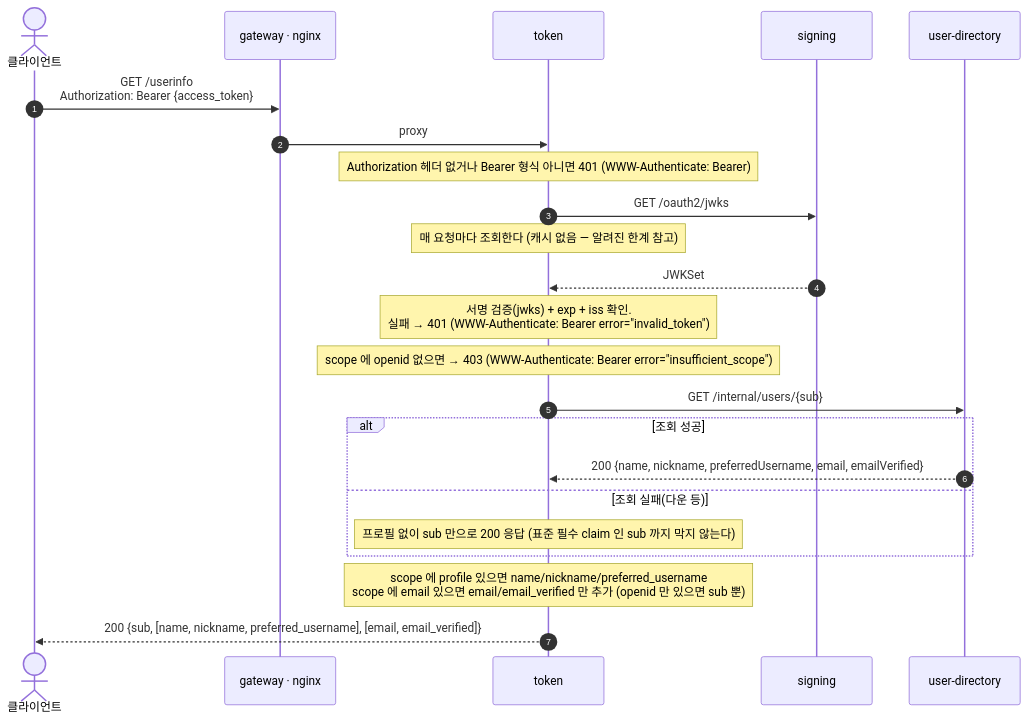
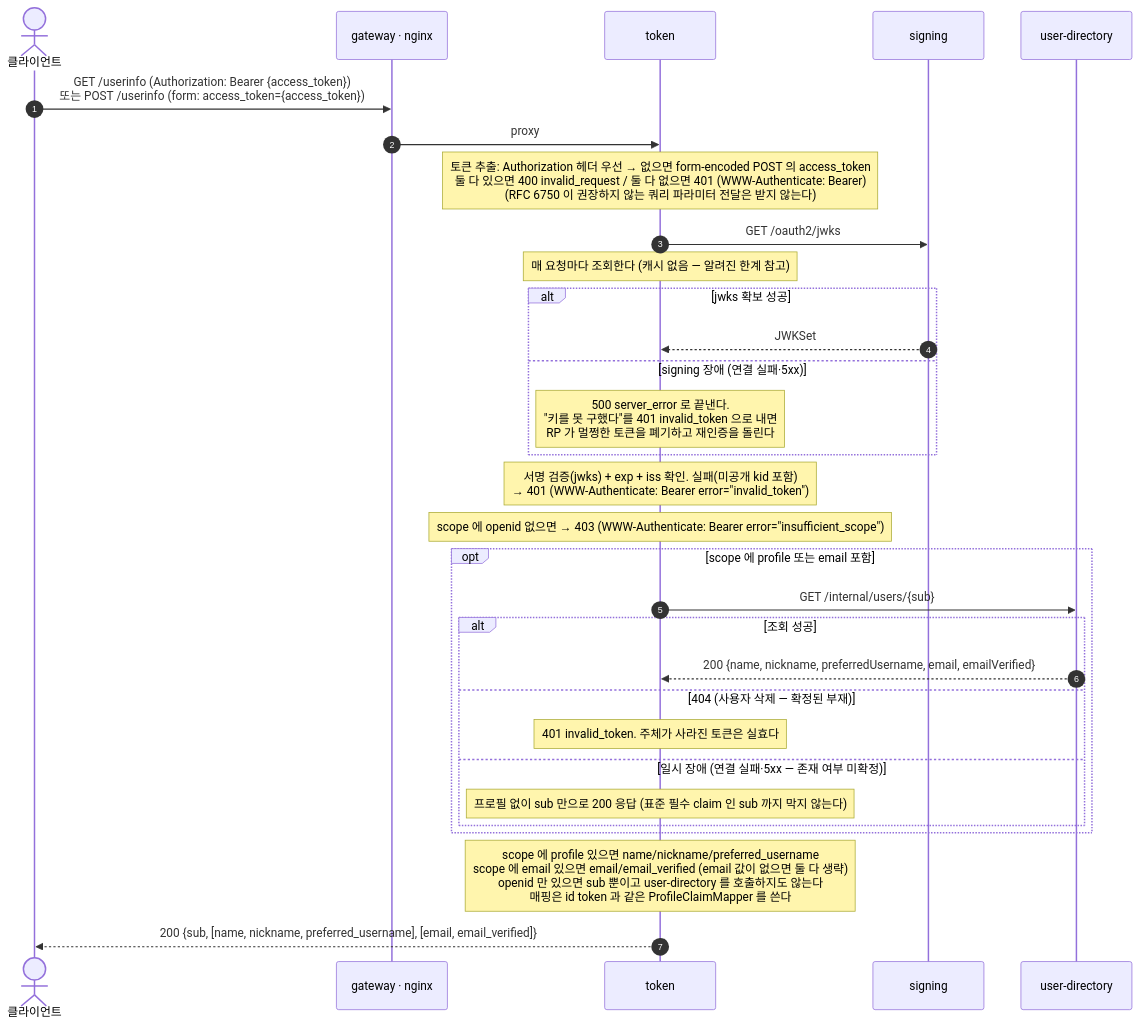
The sixth of 6 diagrams in oauth-2/authorization-server/practice/microservice/README.md (starryeye/spring-security), drawn with Mermaid before and after one commit. The commit also changed other lines of this file and 1 other file, not shown here.

Commit message:
microservice: correct slice 2 design doc and README to match implementation
CT-2: 설계 문서 세 곳이 구현과 반대였다. 이 저장소에서 설계 문서는 교재이므로
      그대로 두면 학습자가 반대로 배운다.
      - user-directory 다운 시 userinfo 503 -> 실제는 200 {sub} degrade
        (sub 는 표준 필수이고 토큰 검증만으로 확정되는 값이라 막을 이유가 없다).
        404 는 401 invalid_token 이라는 항목을 신설한다.
      - signing 다운 시 "캐시된 jwks 로 검증 계속" -> jwks 캐시가 없다.
        실제는 500 server_error 이며, 슬라이스 1 의 graceful degradation 은
        jwks 를 캐시하는 외부 검증자에게만 성립한다.
      - auth_time = 로그인 시각 -> 실제는 authorize 처리 시각.
        표준 의미(최종 인증 시각)와의 차이를 "주의." 로 명시한다.

README: userinfo 시퀀스 다이어그램을 실제 실패 모드와 지원 메서드로 갱신하고,
      token 다이어그램에 404 -> invalid_grant 분기를 추가한다.
      알려진 한계에서 jwks 캐시 부재를 성능이 아니라 가용성 한계로 정정하고,
      scope claim 이 RFC 9068 2.2.3 과 다른 점, access token 과 id token 에
      typ 구분이 없어 id token 에 scope 를 싣는 순간 타입 혼동이 성립한다는 점을
      추가한다(typ: at+jwt 는 signing 계약 변경이 필요해 다음 슬라이스).

````diff
--- a/oauth-2/authorization-server/practice/microservice/README.md
+++ b/oauth-2/authorization-server/practice/microservice/README.md
@@ -283,26 +289,35 @@
 ```mermaid
 sequenceDiagram
     autonumber
     actor CL as 클라이언트
     participant G as gateway · nginx
     participant T as token
     participant S as signing
     participant U as user-directory
 
-    CL->>G: GET /userinfo<br/>Authorization: Bearer {access_token}
+    CL->>G: GET /userinfo (Authorization: Bearer {access_token})<br/>또는 POST /userinfo (form: access_token={access_token})
     G->>T: proxy
-    Note over T: Authorization 헤더 없거나 Bearer 형식 아니면 401 (WWW-Authenticate: Bearer)
+    Note over T: 토큰 추출: Authorization 헤더 우선 → 없으면 form-encoded POST 의 access_token<br/>둘 다 있으면 400 invalid_request / 둘 다 없으면 401 (WWW-Authenticate: Bearer)<br/>(RFC 6750 이 권장하지 않는 쿼리 파라미터 전달은 받지 않는다)
     T->>S: GET /oauth2/jwks
     Note over T: 매 요청마다 조회한다 (캐시 없음 — 알려진 한계 참고)
-    S-->>T: JWKSet
-    Note over T: 서명 검증(jwks) + exp + iss 확인.<br/>실패 → 401 (WWW-Authenticate: Bearer error="invalid_token")
+    alt jwks 확보 성공
+        S-->>T: JWKSet
+    else signing 장애 (연결 실패·5xx)
+        Note over T: 500 server_error 로 끝낸다.<br/>"키를 못 구했다"를 401 invalid_token 으로 내면<br/>RP 가 멀쩡한 토큰을 폐기하고 재인증을 돌린다
+    end
+    Note over T: 서명 검증(jwks) + exp + iss 확인. 실패(미공개 kid 포함)<br/>→ 401 (WWW-Authenticate: Bearer error="invalid_token")
     Note over T: scope 에 openid 없으면 → 403 (WWW-Authenticate: Bearer error="insufficient_scope")
-    T->>U: GET /internal/users/{sub}
-    alt 조회 성공
-        U-->>T: 200 {name, nickname, preferredUsername, email, emailVerified}
-    else 조회 실패(다운 등)
-        Note over T: 프로필 없이 sub 만으로 200 응답 (표준 필수 claim 인 sub 까지 막지 않는다)
+
+    opt scope 에 profile 또는 email 포함
+        T->>U: GET /internal/users/{sub}
+        alt 조회 성공
+            U-->>T: 200 {name, nickname, preferredUsername, email, emailVerified}
+        else 404 (사용자 삭제 — 확정된 부재)
+            Note over T: 401 invalid_token. 주체가 사라진 토큰은 실효다
+        else 일시 장애 (연결 실패·5xx — 존재 여부 미확정)
+            Note over T: 프로필 없이 sub 만으로 200 응답 (표준 필수 claim 인 sub 까지 막지 않는다)
+        end
     end
-    Note over T: scope 에 profile 있으면 name/nickname/preferred_username<br/>scope 에 email 있으면 email/email_verified 만 추가 (openid 만 있으면 sub 뿐)
+    Note over T: scope 에 profile 있으면 name/nickname/preferred_username<br/>scope 에 email 있으면 email/email_verified (email 값이 없으면 둘 다 생략)<br/>openid 만 있으면 sub 뿐이고 user-directory 를 호출하지도 않는다<br/>매핑은 id token 과 같은 ProfileClaimMapper 를 쓴다
     T-->>CL: 200 {sub, [name, nickname, preferred_username], [email, email_verified]}
 ```
````
